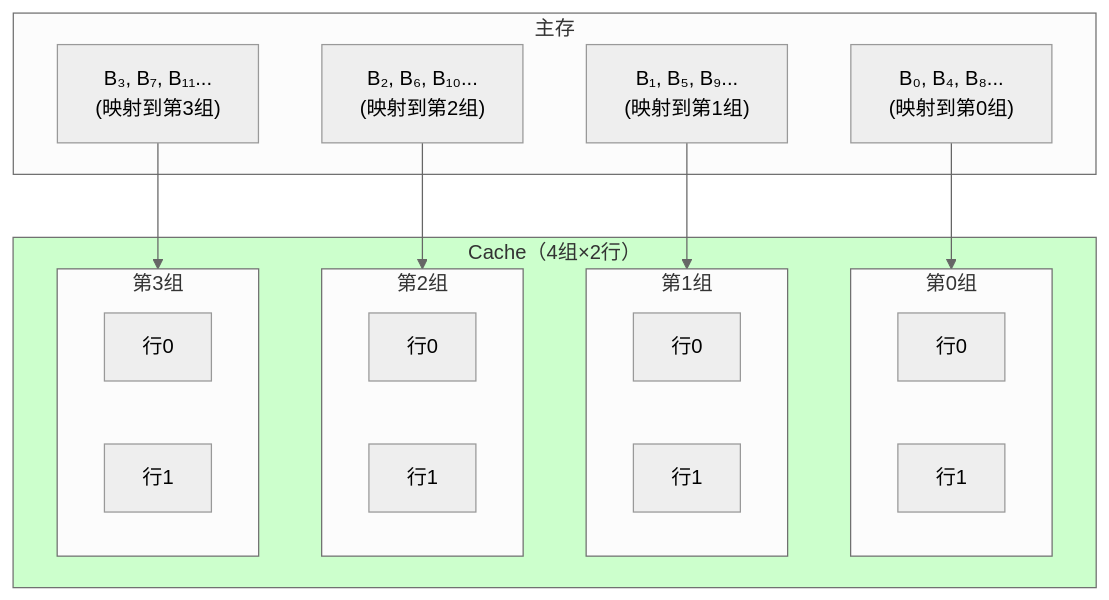
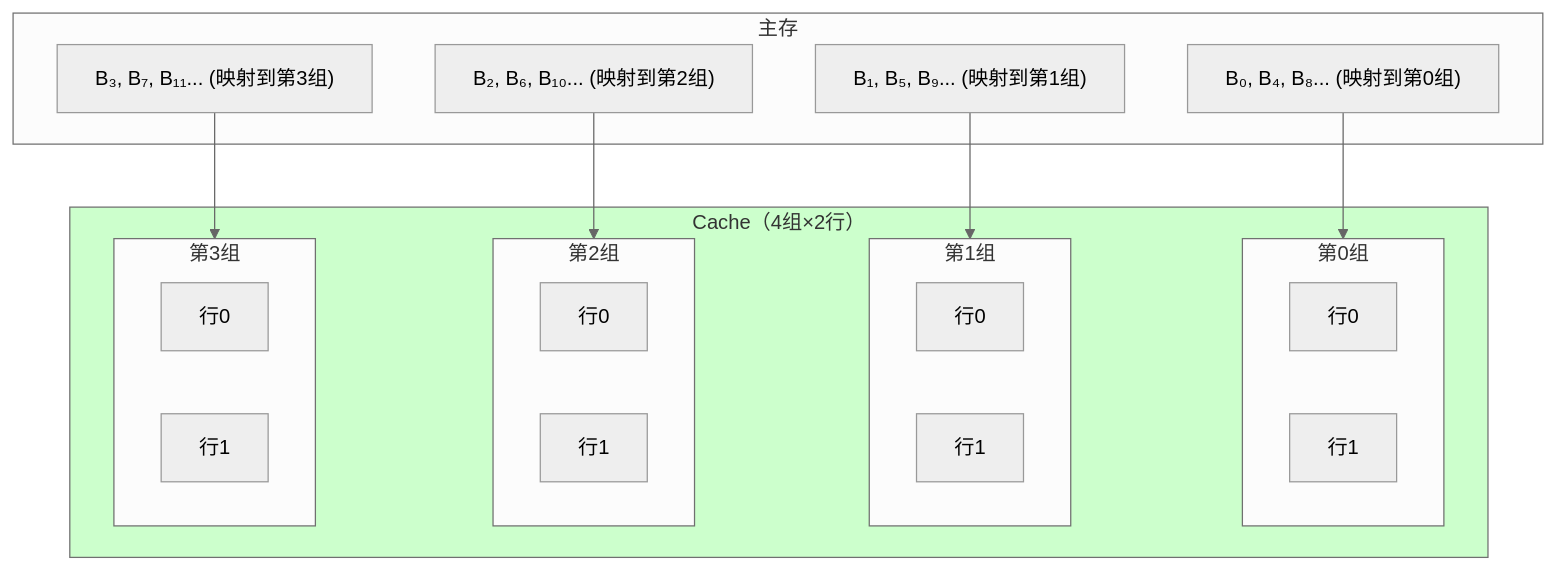
Before and after one commit to gilismael826-lgtm/course: the fifth of 6 diagrams in 计算机组成原理/notes/章节笔记/第3章-存储系统/第3章-3.6-高速缓冲存储器.md, drawn with Mermaid (neutral theme). The commit also changed other lines of this file and 28 other files, not shown here.

````diff
--- a/计算机组成原理/notes/章节笔记/第3章-存储系统/第3章-3.6-高速缓冲存储器.md
+++ b/计算机组成原理/notes/章节笔记/第3章-存储系统/第3章-3.6-高速缓冲存储器.md
@@ -280,35 +320,35 @@
 ```mermaid
 graph TB
     subgraph Main["主存"]
-        B0["B₀, B₄, B₈...<br/>(映射到第0组)"]
-        B1["B₁, B₅, B₉...<br/>(映射到第1组)"]
-        B2["B₂, B₆, B₁₀...<br/>(映射到第2组)"]
-        B3["B₃, B₇, B₁₁...<br/>(映射到第3组)"]
+        B0["B₀, B₄, B₈... (映射到第0组)"]
+        B1["B₁, B₅, B₉... (映射到第1组)"]
+        B2["B₂, B₆, B₁₀... (映射到第2组)"]
+        B3["B₃, B₇, B₁₁... (映射到第3组)"]
     end
     
     subgraph Cache["Cache（4组×2行）"]
         subgraph S0["第0组"]
             S0L0["行0"]
             S0L1["行1"]
         end
         subgraph S1["第1组"]
             S1L0["行0"]
             S1L1["行1"]
         end
         subgraph S2["第2组"]
             S2L0["行0"]
             S2L1["行1"]
         end
         subgraph S3["第3组"]
             S3L0["行0"]
             S3L1["行1"]
         end
     end
     
     B0 --> S0
     B1 --> S1
     B2 --> S2
     B3 --> S3
     
     style Cache fill:#ccffcc
 ```
````
